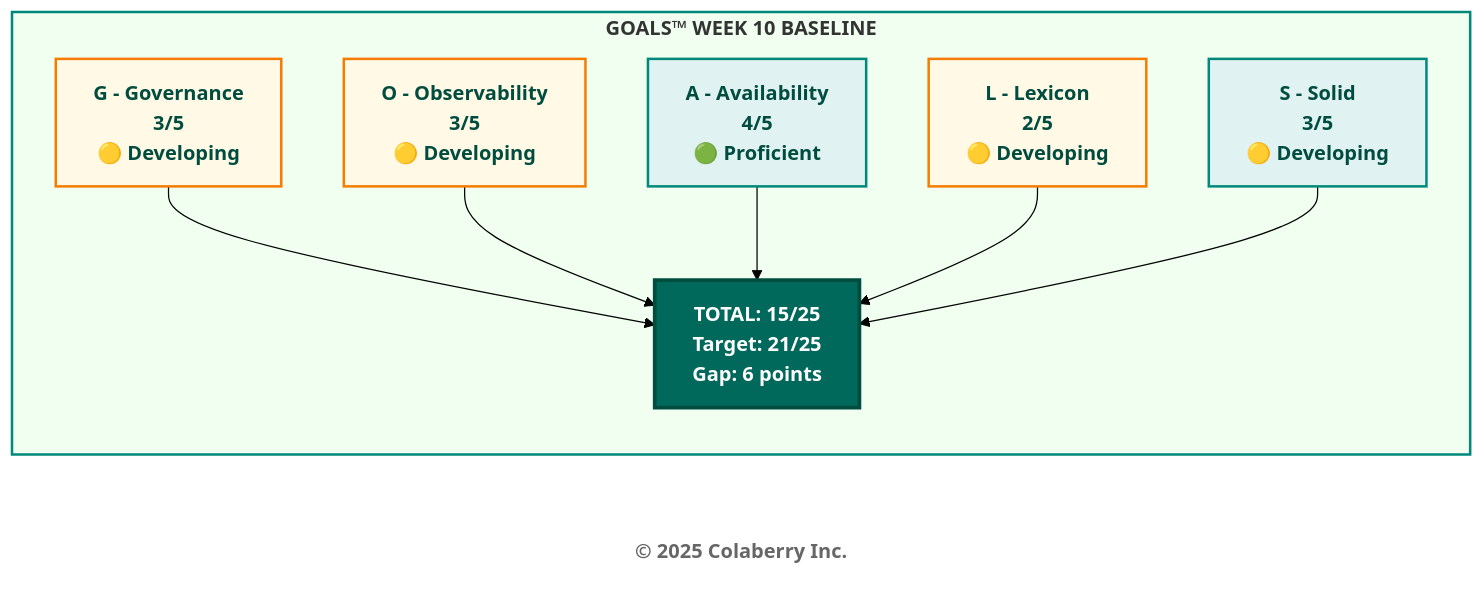
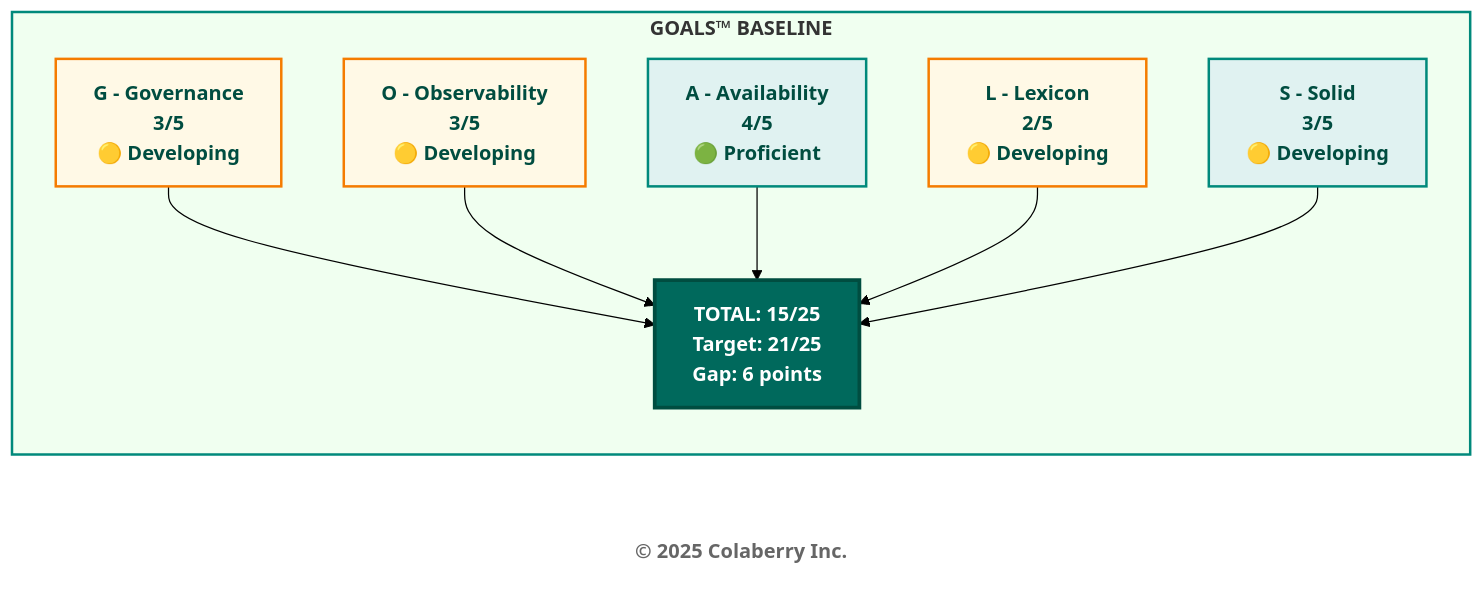
Before and after one commit to saitejesh-cyber/trust-before-intelligence-book: the first of 11 diagrams in manuscript/09_chapter_8_architecture_of_trust_in_action.md, drawn with Mermaid (forest theme).

Commit message:
Cleaning up the chapter diagrams
Cleaning up the chapter diagrams

````diff
--- a/manuscript/09_chapter_8_architecture_of_trust_in_action.md
+++ b/manuscript/09_chapter_8_architecture_of_trust_in_action.md
@@ -50,29 +50,29 @@
 ```mermaid
 graph LR
-  subgraph BASELINE["<b>GOALS™ WEEK 10 BASELINE</b>"]
+  subgraph BASELINE["<b>GOALS™ BASELINE</b>"]
     G["<b>G - Governance</b><br/><b>3/5</b><br/><b>🟡 Developing</b>"]
     O["<b>O - Observability</b><br/><b>3/5</b><br/><b>🟡 Developing</b>"]
     A["<b>A - Availability</b><br/><b>4/5</b><br/><b>🟢 Proficient</b>"]
     L["<b>L - Lexicon</b><br/><b>2/5</b><br/><b>🟡 Developing</b>"]
     S["<b>S - Solid</b><br/><b>3/5</b><br/><b>🟡 Developing</b>"]
     
     TOTAL["<b>TOTAL: 15/25</b><br/><b>Target: 21/25</b><br/><b>Gap: 6 points</b>"]
   end
   
   G --> TOTAL
   O --> TOTAL
   A --> TOTAL
   L --> TOTAL
   S --> TOTAL
   
   style BASELINE fill:#f0fff0,stroke:#00897b,stroke-width:2px
   style G fill:#fff9e6,stroke:#f57c00,stroke-width:2px,color:#004d40
   style O fill:#fff9e6,stroke:#f57c00,stroke-width:2px,color:#004d40
   style A fill:#e0f2f1,stroke:#00897b,stroke-width:2px,color:#004d40
   style L fill:#fff9e6,stroke:#f57c00,stroke-width:2px,color:#004d40
   style S fill:#e0f2f1,stroke:#00897b,stroke-width:2px,color:#004d40
   style TOTAL fill:#00695c,color:#ffffff,stroke:#004d40,stroke-width:3px
   
   Copyright["<b>© 2025 Colaberry Inc.</b>"]
   style Copyright fill:#ffffff,stroke:none,color:#666666
 ```
````
